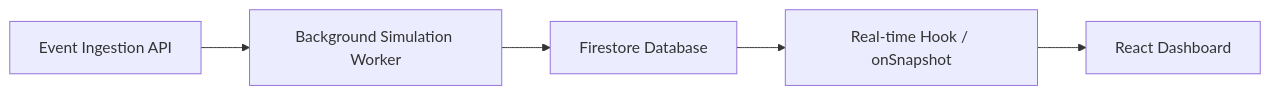
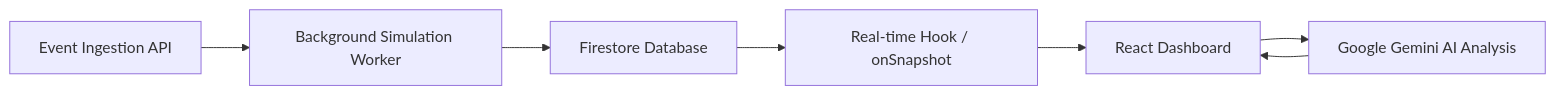
Before and after one commit to AnkShoji/nexusstream-ai: the diagram in README.md, drawn with Mermaid. The commit also changed other lines of this file and 7 other files, not shown here.

````diff
--- a/README.md
+++ b/README.md
@@ -50,8 +51,9 @@
 ```mermaid
 graph LR
     A[Event Ingestion API] --> B[Background Simulation Worker]
     B --> C[Firestore Database]
     C --> D[Real-time Hook / onSnapshot]
     D --> E[React Dashboard]
-
+    E --> F[Google Gemini AI Analysis]
+    F --> E
 ```
````
